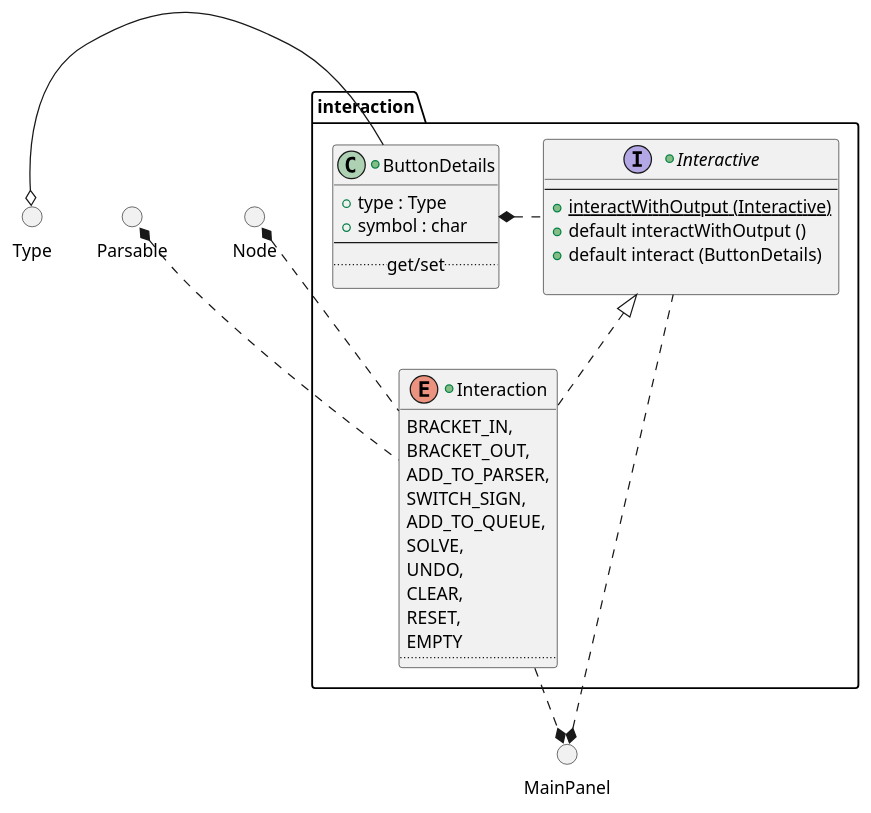
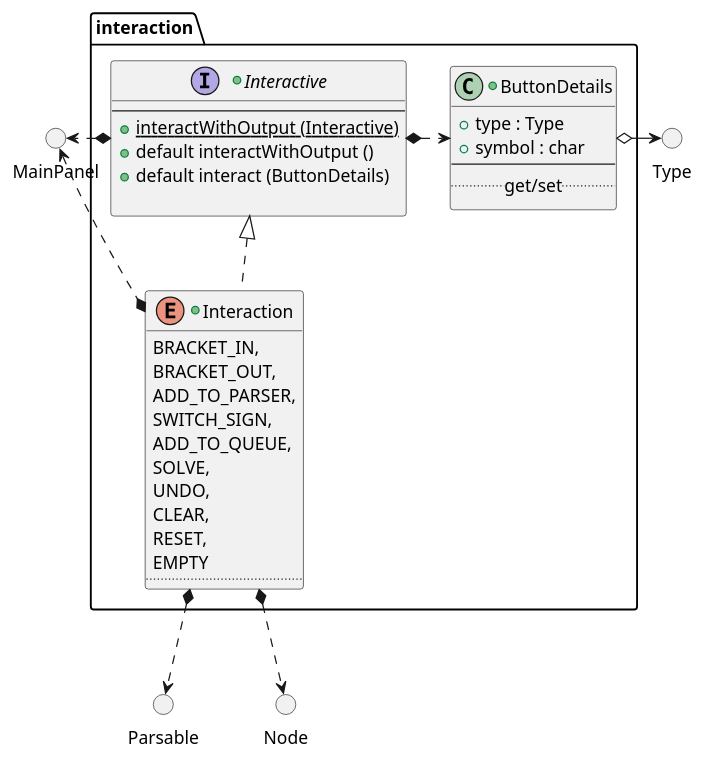
The diagram in src/docs/UML/interaction/interaction.puml (vitalispopoff/calculator), drawn with PlantUML before and after one commit. The commit also changed 8 other files, not shown here.

```diff
--- a/src/docs/UML/interaction/interaction.puml
+++ b/src/docs/UML/interaction/interaction.puml
@@ -1,50 +1,59 @@
 @startuml
 
 package interaction {
 
     +interface Interactive{
         --
             + {method} {static} interactWithOutput (Interactive)
             + {method} default interactWithOutput ()
             + {method} default interact (ButtonDetails)
 
     }
 
     +class ButtonDetails {
             + {field} type : Type
             + {field} symbol : char
         --
         ..get/set..
     }
 
     +enum Interaction implements Interactive{
             BRACKET_IN,
             BRACKET_OUT,
             ADD_TO_PARSER,
             SWITCH_SIGN,
             ADD_TO_QUEUE,
             SOLVE,
             UNDO,
             CLEAR,
             RESET,
             EMPTY
         ..
     }
 
-    Interactive ..left..* ButtonDetails
+'    Interactive ..left..* ButtonDetails
+    Interactive *..right..> ButtonDetails
 }
+
 
 () Parsable
 () Node
 () MainPanel
 () Type
 
-Interactive ..left.* MainPanel
-Interaction .down.* MainPanel
+'Interactive ..left.* MainPanel
+Interactive *..right.> MainPanel
 
-Interaction ..up* Node
-Interaction ..up* Parsable
+'Interaction .down.* MainPanel
+Interaction *.up.> MainPanel
 
-ButtonDetails -left-o Type
+'Interaction ..up* Node
+Interaction *..down> Node
+
+'Interaction ..up* Parsable
+Interaction *..down> Parsable
+
+'ButtonDetails -left-o Type
+ButtonDetails o-right-> Type
 
 @enduml
```
